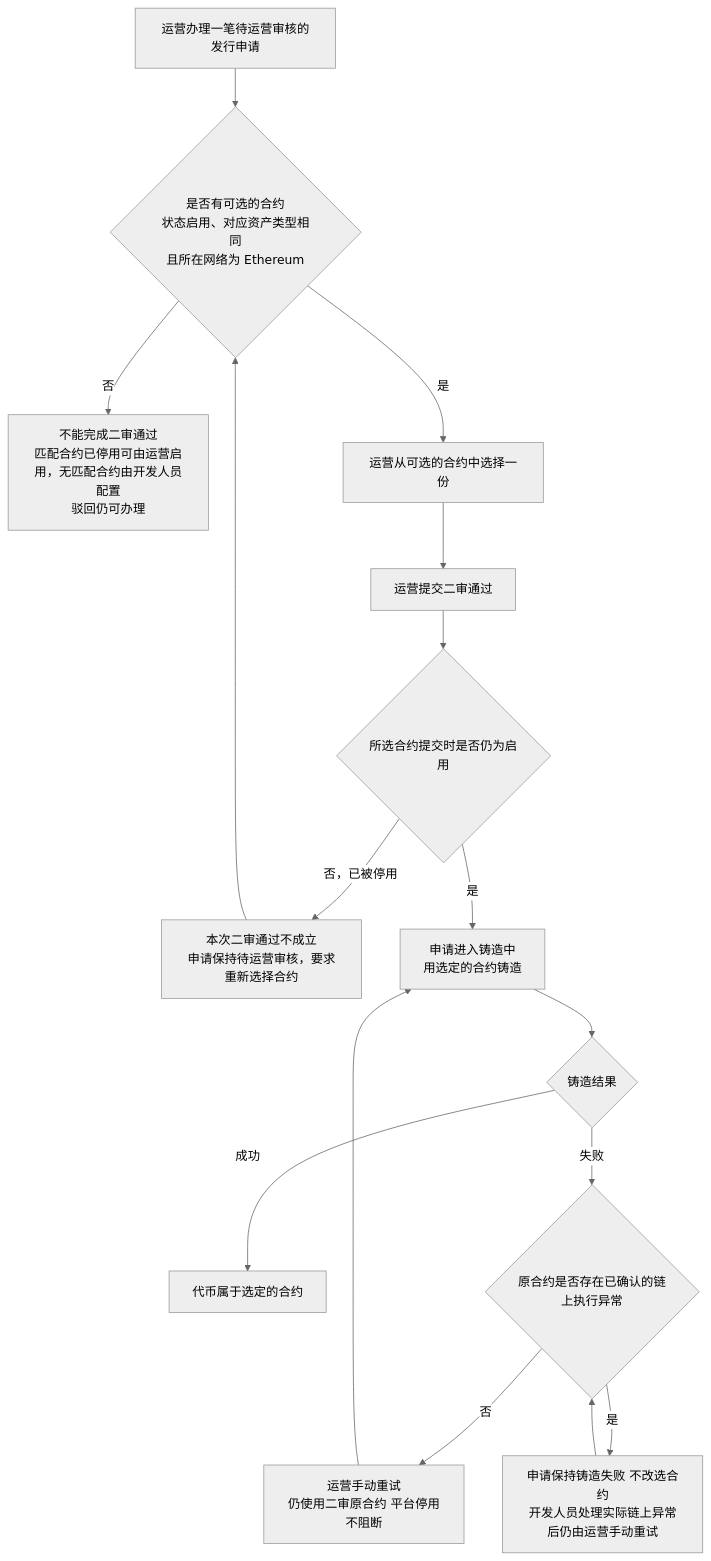
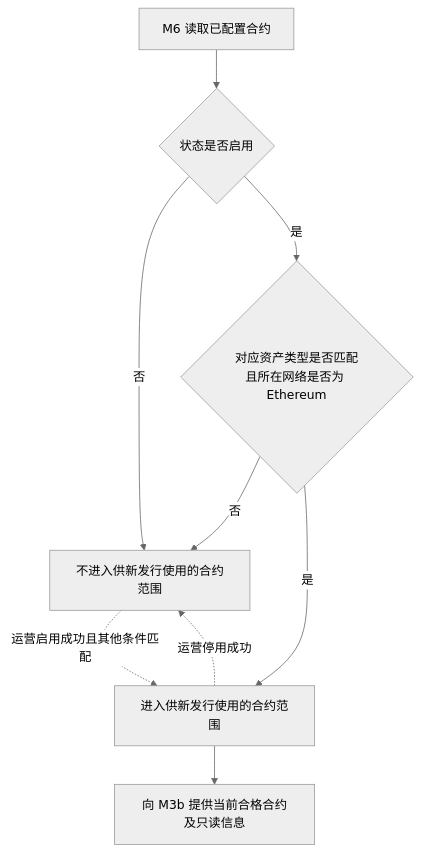
One commit to wxblockchain/Chain-Financing changed the second of 6 diagrams in token-issuance-platform/PRD/管理端/M6-合约管理/02-合约管理-流程图与状态机.md. Above: the diagram before and after it, drawn with Mermaid (neutral theme). The commit also changed other lines of this file and 2 other files, not shown here.

````diff
--- a/token-issuance-platform/PRD/管理端/M6-合约管理/02-合约管理-流程图与状态机.md
+++ b/token-issuance-platform/PRD/管理端/M6-合约管理/02-合约管理-流程图与状态机.md
@@ -40,18 +40,11 @@
 ```mermaid
 flowchart TD
-    A[运营办理一笔待运营审核的发行申请] --> B{是否有可选的合约<br/>状态启用、对应资产类型相同<br/>且所在网络为 Ethereum}
-    B -->|否| B1[不能完成二审通过<br/>匹配合约已停用可由运营启用，无匹配合约由开发人员配置<br/>驳回仍可办理]
-    B -->|是| C[运营从可选的合约中选择一份]
-    C --> D[运营提交二审通过]
-    D --> E{所选合约提交时是否仍为启用}
-    E -->|否，已被停用| E1[本次二审通过不成立<br/>申请保持待运营审核，要求重新选择合约]
-    E1 --> B
-    E -->|是| F[申请进入铸造中<br/>用选定的合约铸造]
-    F --> G{铸造结果}
-    G -->|成功| H[代币属于选定的合约]
-    G -->|失败| I{原合约是否存在已确认的链上执行异常}
-    I -->|否| J[运营手动重试<br/>仍使用二审原合约 平台停用不阻断]
-    J --> F
-    I -->|是| K[申请保持铸造失败 不改选合约<br/>开发人员处理实际链上异常后仍由运营手动重试]
-    K --> I
+    A[M6 读取已配置合约] --> B{状态是否启用}
+    B -->|否| E[不进入供新发行使用的合约范围]
+    B -->|是| C{对应资产类型是否匹配<br/>且所在网络是否为 Ethereum}
+    C -->|否| E
+    C -->|是| D[进入供新发行使用的合约范围]
+    D -.运营停用成功.-> E
+    E -.运营启用成功且其他条件匹配.-> D
+    D --> F[向 M3b 提供当前合格合约及只读信息]
 ```
````
